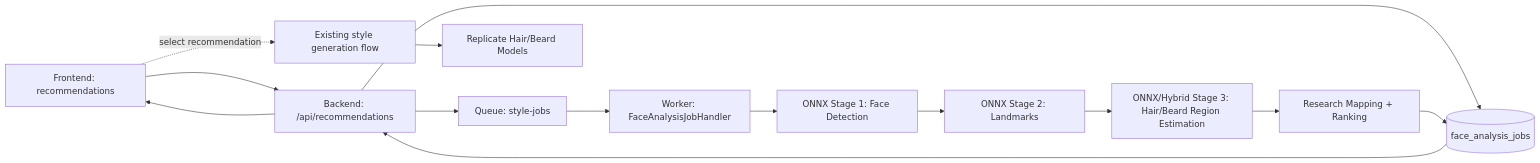
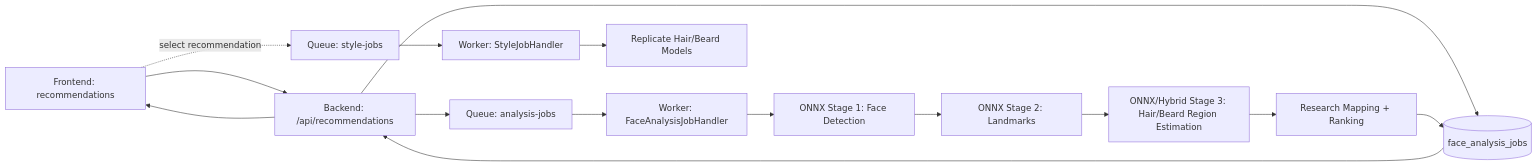
The second of 2 diagrams in ai-style-app/docs/face-analysis-recommendation-spec.md (DanJ210/HowDoILook), drawn with Mermaid before and after one commit. The commit also changed other lines of this file and 12 other files, not shown here.

Commit message:
Refactor queue handling: split into analysis and style queues, update configurations, and enhance documentation

````diff
--- a/ai-style-app/docs/face-analysis-recommendation-spec.md
+++ b/ai-style-app/docs/face-analysis-recommendation-spec.md
@@ -608,19 +611,20 @@
 ```mermaid
 flowchart LR
     A[Frontend: recommendations] --> B[Backend: /api/recommendations]
     B --> C[(face_analysis_jobs)]
-    B --> D[Queue: style-jobs]
-    D --> E[Worker: FaceAnalysisJobHandler]
+  B --> D[Queue: analysis-jobs]
+  D --> E[Worker: FaceAnalysisJobHandler]
 
     E --> F[ONNX Stage 1: Face Detection]
     F --> G[ONNX Stage 2: Landmarks]
     G --> H[ONNX/Hybrid Stage 3: Hair/Beard Region Estimation]
     H --> I[Research Mapping + Ranking]
 
     I --> C
     C --> B
     B --> A
 
-    A -. select recommendation .-> J[Existing style generation flow]
-    J --> K[Replicate Hair/Beard Models]
+    A -. select recommendation .-> J[Queue: style-jobs]
+    J --> K0[Worker: StyleJobHandler]
+    K0 --> K[Replicate Hair/Beard Models]
 ```
````
